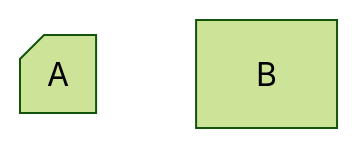
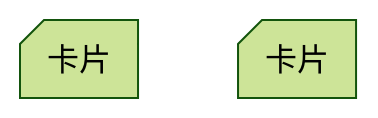
The diagram in 知識/程式語言/Mermaid/語法/流程圖/節點目錄/shape節點.md (kuku0508/kuku_note_ver_2), drawn with Mermaid (forest theme) before and after one commit. The commit also changed other lines of this file and 2 other files, not shown here.

Commit message:
vault backup: 2025-04-24 18:56:19

````diff
--- a/知識/程式語言/Mermaid/語法/流程圖/節點目錄/shape節點.md
+++ b/知識/程式語言/Mermaid/語法/流程圖/節點目錄/shape節點.md
@@ -54,5 +54,5 @@
 ```mermaid
 flowchart TD
-A@{ shape: notch-rect}
-B@{ shape: }
+A@{ shape: notch-rect,label: "卡片"}
+B@{ shape: notch-rect,label: "卡片"}
 ```
````
